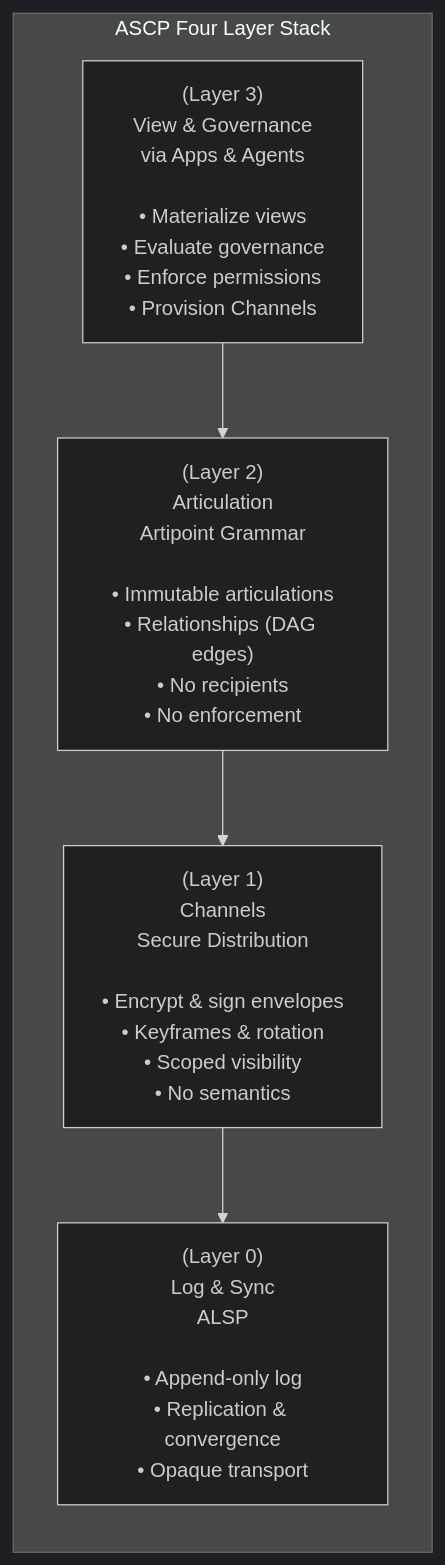
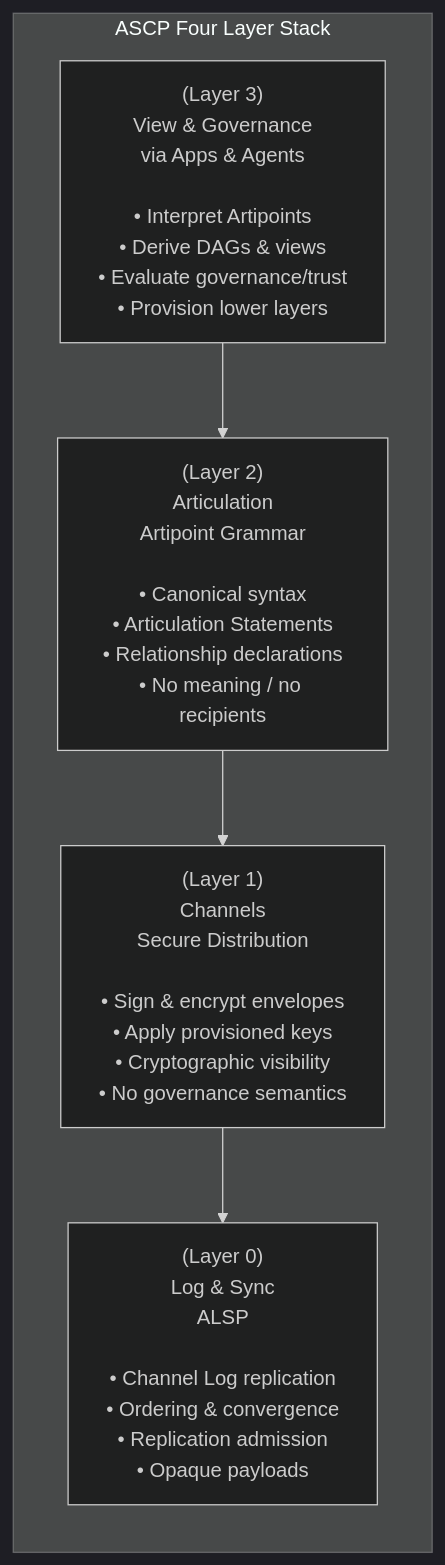
Before and after one commit to Reframe-Technologies/ascp-draft-specs: the diagram in specs/ascp-stack.md, drawn with Mermaid (dark theme).

Commit message:
Clarified Terminology in Stack up Diagram

````diff
--- a/specs/ascp-stack.md
+++ b/specs/ascp-stack.md
@@ -1,14 +1,14 @@
 ```mermaid
 %%{init: {"flowchart": {"curve": "linear"}}}%%
 flowchart LR
 
   %% --- Left: Layer Stack ---
   subgraph STACK["ASCP Four Layer Stack"]
     direction TB
-    L3["(Layer 3)<br/>View & Governance<br/>via Apps & Agents<br/><br/>• Materialize views<br/>• Evaluate governance<br/>• Enforce permissions<br/>• Provision Channels"]
-    L2["(Layer 2)<br/>Articulation<br/>Artipoint Grammar<br/><br/>• Immutable articulations<br/>• Relationships (DAG edges)<br/>• No recipients<br/>• No enforcement"]
-    L1["(Layer 1)<br/>Channels<br/>Secure Distribution<br/><br/>• Encrypt & sign envelopes<br/>• Keyframes & rotation<br/>• Scoped visibility<br/>• No semantics"]
-    L0["(Layer 0)<br/>Log & Sync<br/>ALSP<br/><br/>• Append-only log<br/>• Replication & convergence<br/>• Opaque transport"]
+    L3["(Layer 3)<br/>View & Governance<br/>via Apps & Agents<br/><br/>• Interpret Artipoints<br/>• Derive DAGs & views<br/>• Evaluate governance/trust<br/>• Provision lower layers"]
+    L2["(Layer 2)<br/>Articulation<br/>Artipoint Grammar<br/><br/>• Canonical syntax<br/>• Articulation Statements<br/>• Relationship declarations<br/>• No meaning / no recipients"]
+    L1["(Layer 1)<br/>Channels<br/>Secure Distribution<br/><br/>• Sign & encrypt envelopes<br/>• Apply provisioned keys<br/>• Cryptographic visibility<br/>• No governance semantics"]
+    L0["(Layer 0)<br/>Log & Sync<br/>ALSP<br/><br/>• Channel Log replication<br/>• Ordering & convergence<br/>• Replication admission<br/>• Opaque payloads"]
     L3 --> L2 --> L1 --> L0
   end
 ```
````
